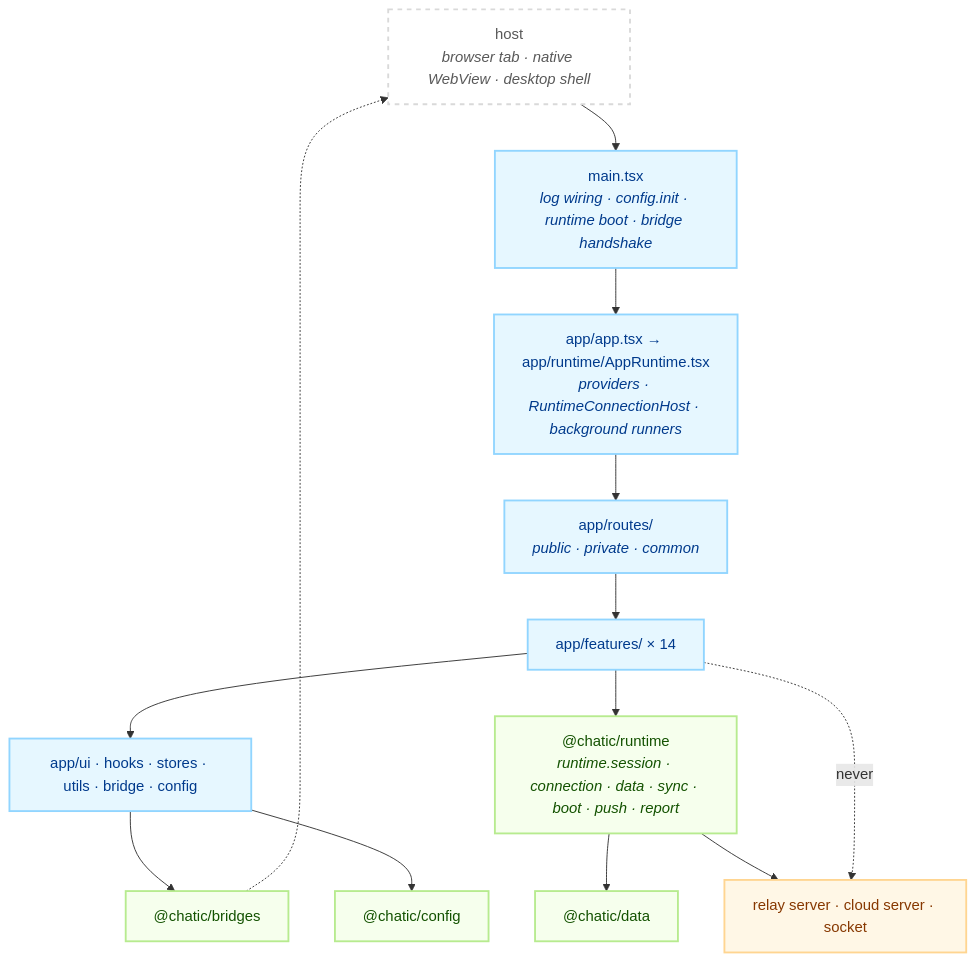
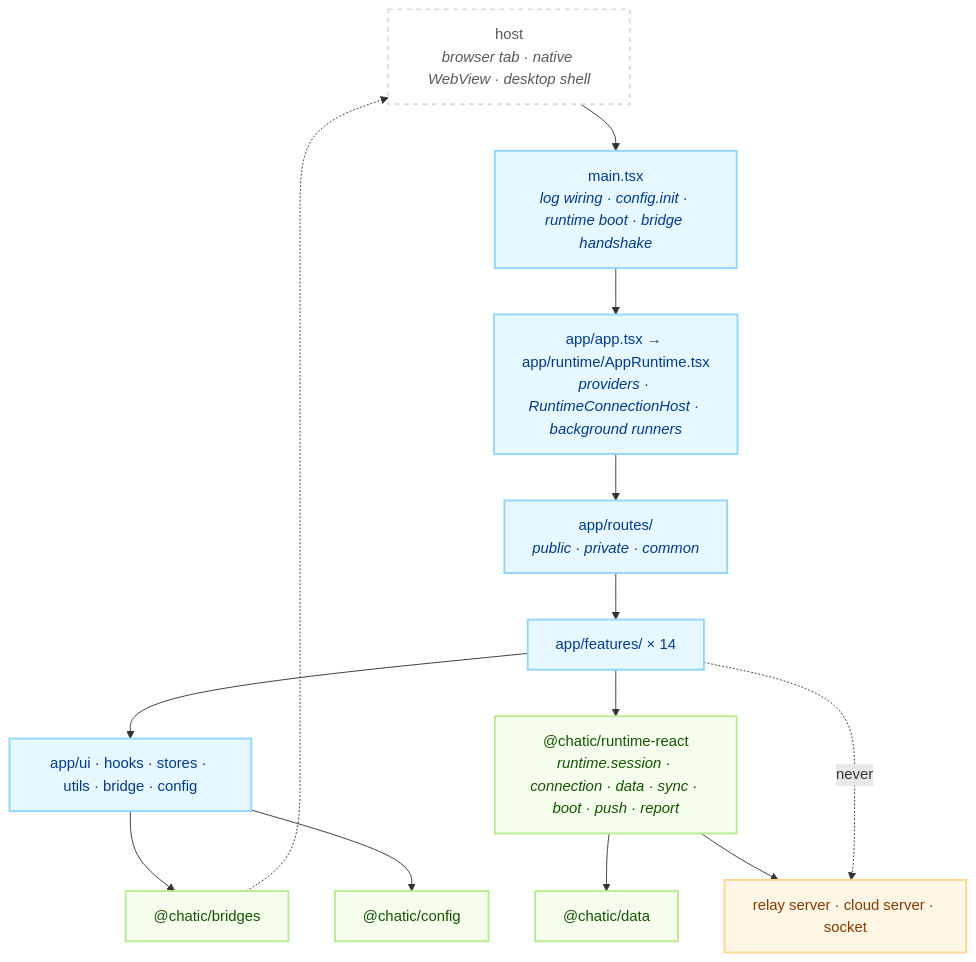
Before and after one commit to lemoncloud-io/dou-app: the first of 2 diagrams in apps/web/README.md, drawn with Mermaid. The commit also changed other lines of this file and 1018 other files, not shown here.

First line of the commit message:
refactor(runtime): import the runtime from @chatic/runtime-react in the react apps

````diff
--- a/apps/web/README.md
+++ b/apps/web/README.md
@@ -94,34 +94,34 @@
 ```mermaid
 flowchart TD
     classDef shell fill:#ffffff,stroke:#d9d9d9,stroke-width:2px,color:#595959,stroke-dasharray: 5 5;
     classDef app fill:#e6f7ff,stroke:#91d5ff,stroke-width:2px,color:#003a8c;
     classDef lib fill:#f6ffed,stroke:#b7eb8f,stroke-width:2px,color:#135200;
     classDef ext fill:#fff7e6,stroke:#ffd591,stroke-width:2px,color:#873800;
 
     Shell["host<br/><i>browser tab · native WebView · desktop shell</i>"]:::shell
     Main["main.tsx<br/><i>log wiring · config.init · runtime boot · bridge handshake</i>"]:::app
     App["app/app.tsx → app/runtime/AppRuntime.tsx<br/><i>providers · RuntimeConnectionHost · background runners</i>"]:::app
     Routes["app/routes/<br/><i>public · private · common</i>"]:::app
     Feat["app/features/ × 14"]:::app
     SharedDirs["app/ui · hooks · stores · utils · bridge · config"]:::app
 
-    Runtime["@chatic/runtime<br/><i>runtime.session · connection · data · sync · boot · push · report</i>"]:::lib
+    Runtime["@chatic/runtime-react<br/><i>runtime.session · connection · data · sync · boot · push · report</i>"]:::lib
     Data["@chatic/data"]:::lib
     Bridges["@chatic/bridges"]:::lib
     Config["@chatic/config"]:::lib
     Backend["relay server · cloud server · socket"]:::ext
 
     Shell --> Main
     Main --> App
     App --> Routes
     Routes --> Feat
     Feat --> SharedDirs
     Feat --> Runtime
     SharedDirs --> Bridges
     SharedDirs --> Config
     Runtime --> Data
     Runtime --> Backend
     Bridges -.-> Shell
 
     Feat -.->|never| Backend
 ```
````
